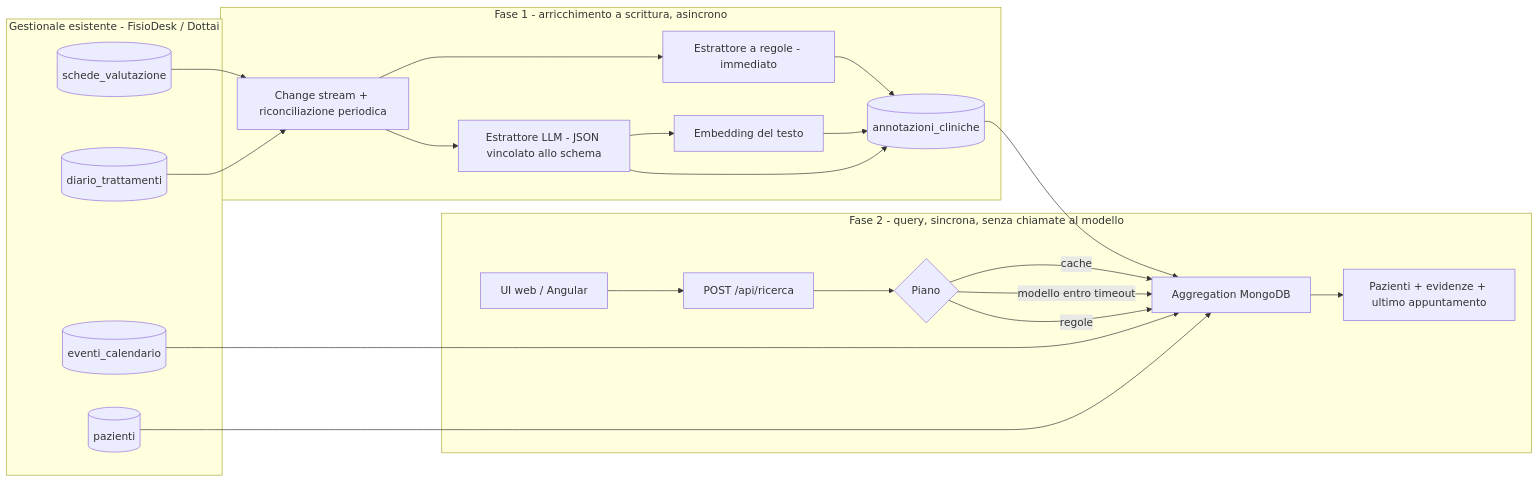
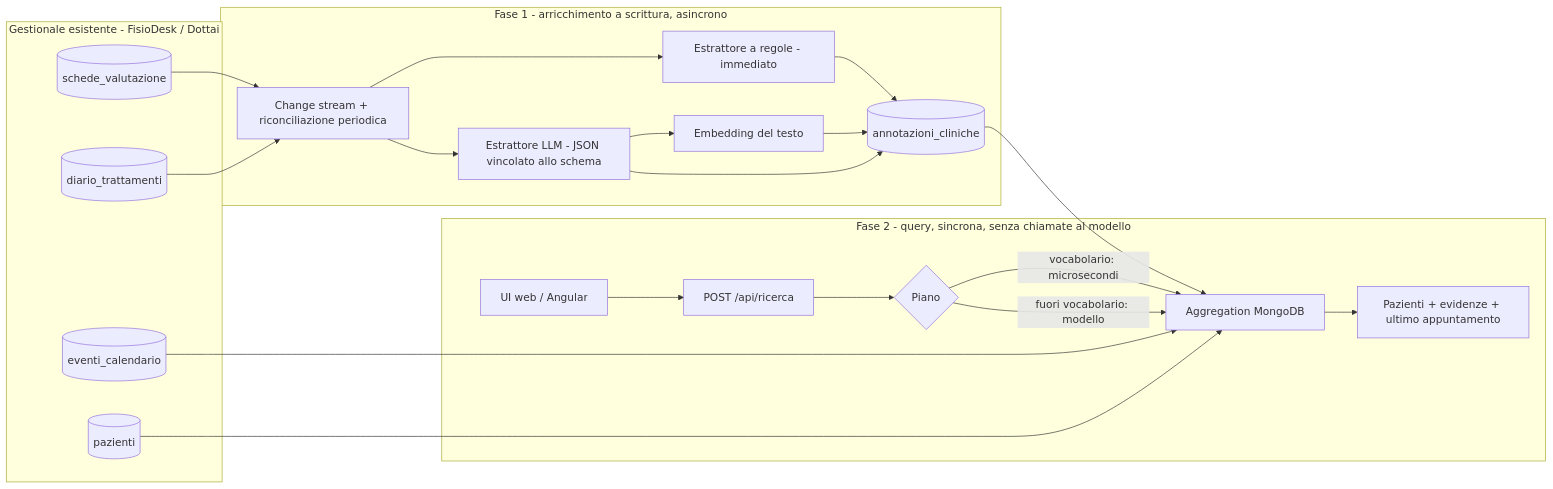
Before and after one commit to simplayy/fisiodesk-ai-healthcare: the diagram in docs/architettura.md, drawn with Mermaid. The commit also changed other lines of this file and 13 other files, not shown here.

````diff
--- a/docs/architettura.md
+++ b/docs/architettura.md
@@ -11,33 +11,32 @@
 ```mermaid
 flowchart LR
     subgraph gestionale [Gestionale esistente - FisioDesk / Dottai]
         SV[(schede_valutazione)]
         DT[(diario_trattamenti)]
         EC[(eventi_calendario)]
         PZ[(pazienti)]
     end
 
     subgraph scrittura [Fase 1 - arricchimento a scrittura, asincrono]
         CS[Change stream + riconciliazione periodica] --> RE[Estrattore a regole - immediato]
         CS --> LLM[Estrattore LLM - JSON vincolato allo schema]
         LLM --> EMB[Embedding del testo]
         RE --> AN[(annotazioni_cliniche)]
         LLM --> AN
         EMB --> AN
     end
 
     subgraph lettura [Fase 2 - query, sincrona, senza chiamate al modello]
         UI[UI web / Angular] --> API[POST /api/ricerca]
         API --> PL{Piano}
-        PL -->|cache| AG
-        PL -->|modello entro timeout| AG
-        PL -->|regole| AG[Aggregation MongoDB]
+        PL -->|vocabolario: microsecondi| AG
+        PL -->|fuori vocabolario: modello| AG[Aggregation MongoDB]
         AG --> RIS[Pazienti + evidenze + ultimo appuntamento]
     end
 
     SV --> CS
     DT --> CS
     AN --> AG
     EC --> AG
     PZ --> AG
 ```
````
